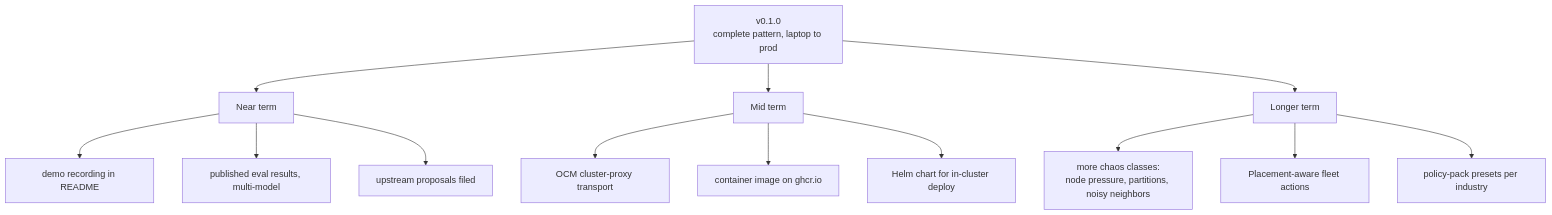
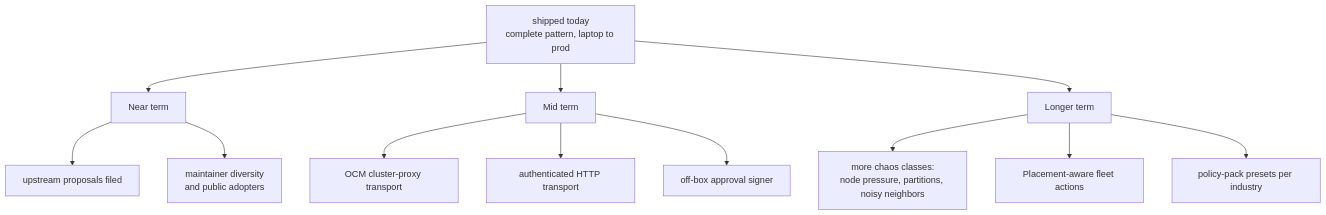
Before and after one commit to ocm-mcp-server/ocm-mcp-server: the diagram in wiki/Roadmap.md, drawn with Mermaid. The commit also changed other lines of this file, not shown here.

First line of the commit message:
docs(wiki): the site roadmap still said v0.1.0 and listed shipped work

````diff
--- a/wiki/Roadmap.md
+++ b/wiki/Roadmap.md
@@ -7,15 +7,14 @@
 ```mermaid
 flowchart TD
-    now[v0.1.0<br/>complete pattern, laptop to prod] --> near[Near term]
+    now[shipped today<br/>complete pattern, laptop to prod] --> near[Near term]
     now --> mid[Mid term]
     now --> long[Longer term]
-    near --> n1[demo recording in README]
-    near --> n2[published eval results, multi-model]
-    near --> n3[upstream proposals filed]
+    near --> n1[upstream proposals filed]
+    near --> n2[maintainer diversity<br/>and public adopters]
     mid --> m1[OCM cluster-proxy transport]
-    mid --> m2[container image on ghcr.io]
-    mid --> m3[Helm chart for in-cluster deploy]
+    mid --> m2[authenticated HTTP transport]
+    mid --> m3[off-box approval signer]
     long --> l1[more chaos classes:<br/>node pressure, partitions, noisy neighbors]
     long --> l2[Placement-aware fleet actions]
     long --> l3[policy-pack presets per industry]
 ```
````
